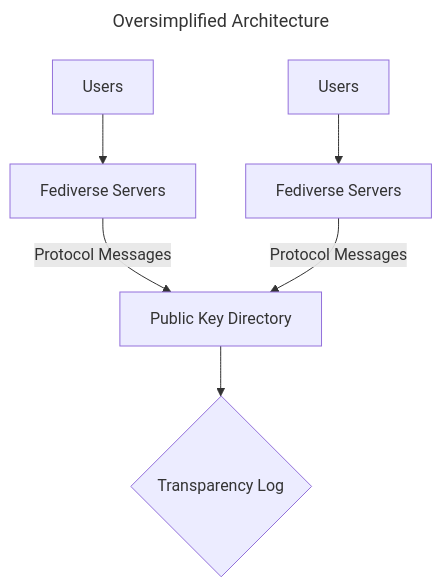
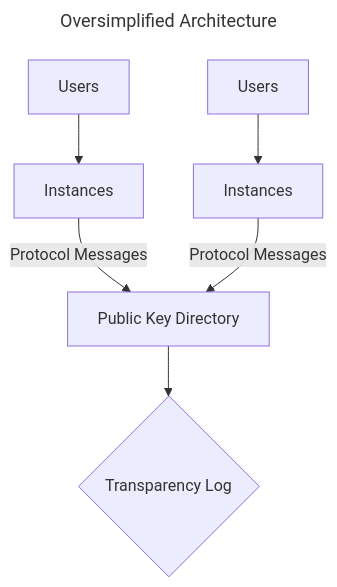
Before and after one commit to fedi-e2ee/public-key-directory-specification: the first of 2 diagrams in Architecture.md, drawn with Mermaid. The commit also changed other lines of this file and 2 other files, not shown here.

````diff
--- a/Architecture.md
+++ b/Architecture.md
@@ -5,11 +5,11 @@
 ```mermaid
 ---
 title: Oversimplified Architecture
 ---
 flowchart TD
     A[Users] -->C
     B[Users] -->D
-    C[Fediverse Servers] -->|Protocol Messages| E
-    D[Fediverse Servers]-->|Protocol Messages| E
+    C[Instances] -->|Protocol Messages| E
+    D[Instances]-->|Protocol Messages| E
     E[Public Key Directory] --> F{Transparency Log}
 ```
````
